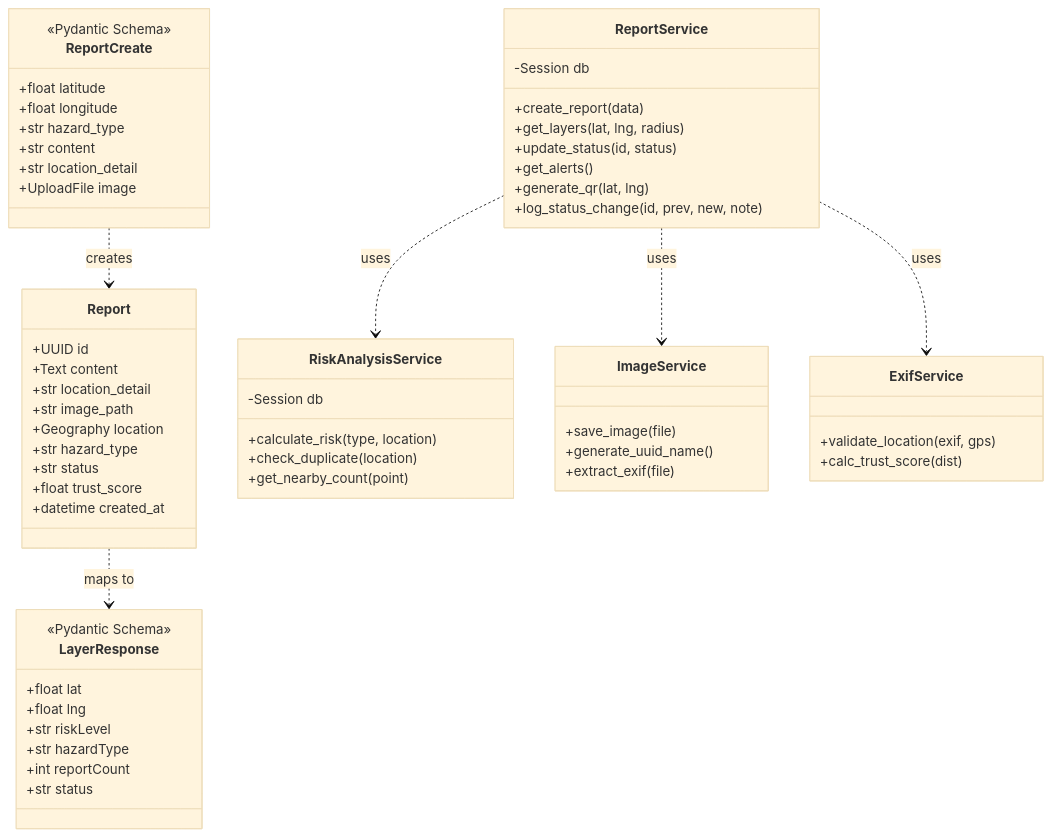
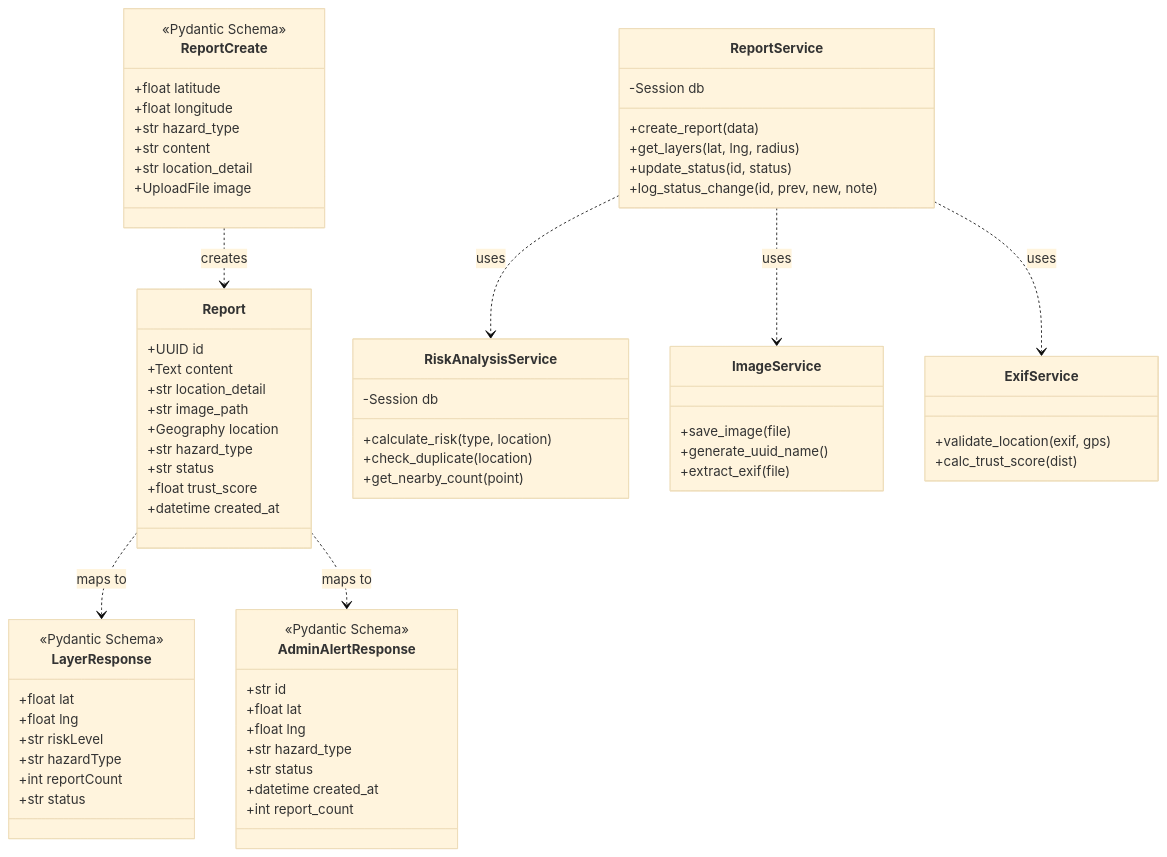
One commit to Heinrich-Safety-Platform/heinrich-backend changed the fourth of 4 diagrams in docs/UML.md. Above: the diagram before and after it, drawn with Mermaid (base theme). The commit also changed other lines of this file, not shown here.

Commit message:
docs(uml): AdminAlertResponse 추가 및 ReportService 클래스 다이어그램 실제 구현 반영

````diff
--- a/docs/UML.md
+++ b/docs/UML.md
@@ -98,68 +98,78 @@
 ```mermaid
 classDiagram
     class Report {
         +UUID id
         +Text content
         +str location_detail
         +str image_path
         +Geography location
         +str hazard_type
         +str status
         +float trust_score
         +datetime created_at
     }
 
     class ReportCreate {
         <<Pydantic Schema>>
         +float latitude
         +float longitude
         +str hazard_type
         +str content
         +str location_detail
         +UploadFile image
     }
 
     class LayerResponse {
         <<Pydantic Schema>>
         +float lat
         +float lng
         +str riskLevel
         +str hazardType
         +int reportCount
         +str status
     }
 
+    class AdminAlertResponse {
+        <<Pydantic Schema>>
+        +str id
+        +float lat
+        +float lng
+        +str hazard_type
+        +str status
+        +datetime created_at
+        +int report_count
+    }
+
     class RiskAnalysisService {
         -Session db
         +calculate_risk(type, location)
         +check_duplicate(location)
         +get_nearby_count(point)
     }
 
     class ImageService {
         +save_image(file)
         +generate_uuid_name()
         +extract_exif(file)
     }
 
     class ExifService {
         +validate_location(exif, gps)
         +calc_trust_score(dist)
     }
 
     class ReportService {
         -Session db
         +create_report(data)
         +get_layers(lat, lng, radius)
         +update_status(id, status)
-        +get_alerts()
-        +generate_qr(lat, lng)
         +log_status_change(id, prev, new, note)
     }
 
     ReportService ..> RiskAnalysisService : uses
     ReportService ..> ImageService : uses
     ReportService ..> ExifService : uses
     ReportCreate ..> Report : creates
     Report ..> LayerResponse : maps to
+    Report ..> AdminAlertResponse : maps to
 ```
````
